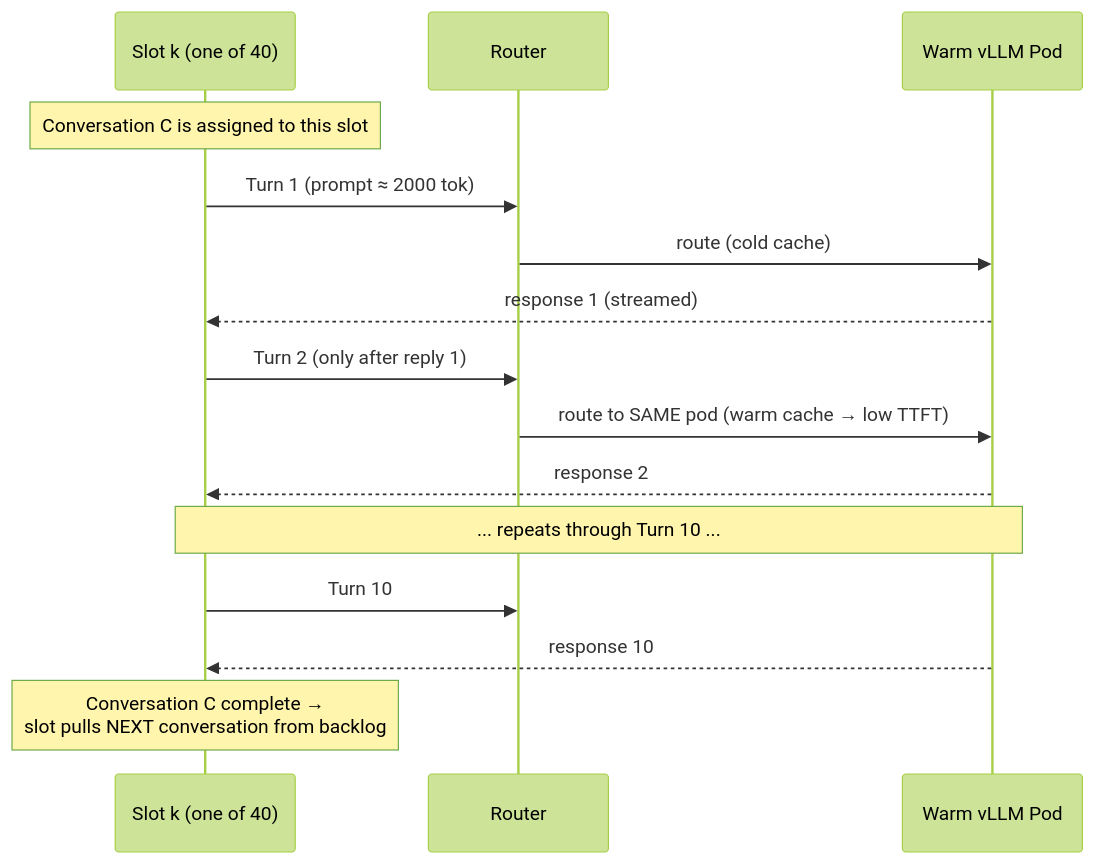
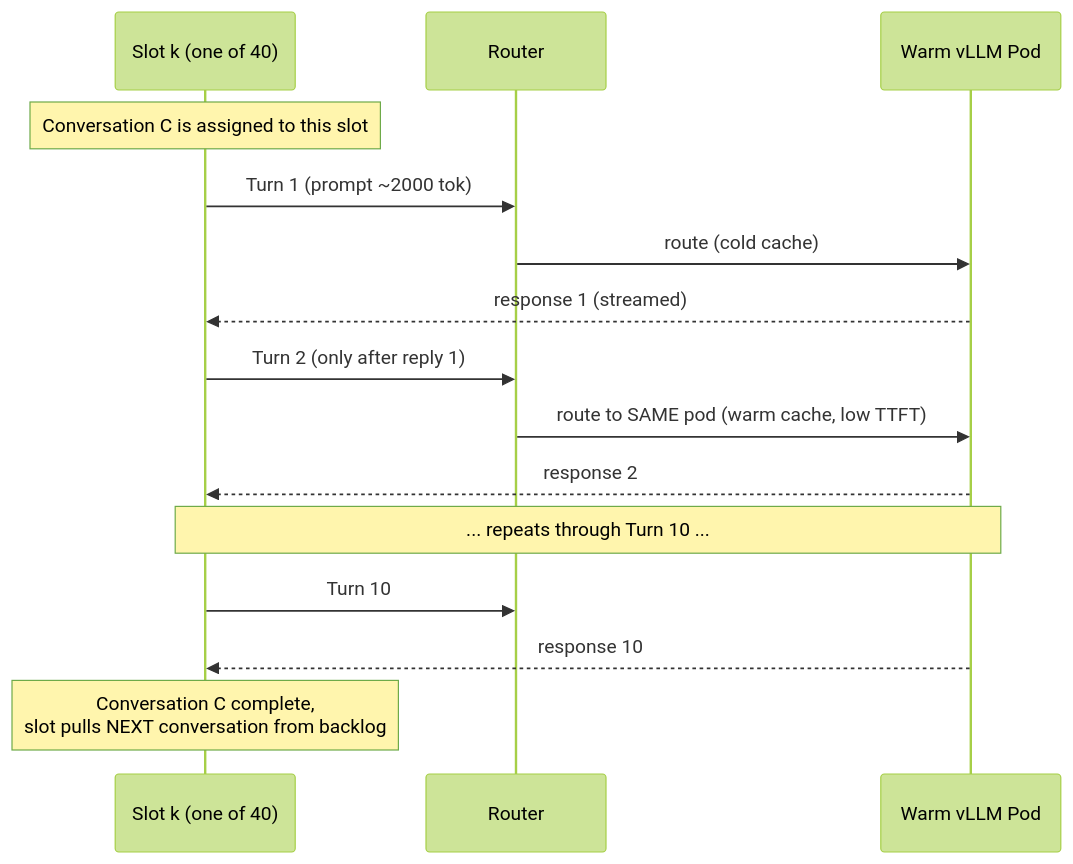
The third of 20 diagrams in benchmark-report.md (YaoZengzeng/kthena), drawn with Mermaid (forest theme) before and after one commit. The commit also changed other lines of this file, not shown here.

````diff
--- a/benchmark-report.md
+++ b/benchmark-report.md
@@ -153,17 +153,17 @@
 ```mermaid
 sequenceDiagram
     participant Slot as Slot k (one of 40)
     participant Router
     participant Pod as Warm vLLM Pod
     Note over Slot: Conversation C is assigned to this slot
-    Slot->>Router: Turn 1 (prompt ≈ 2000 tok)
+    Slot->>Router: Turn 1 (prompt ~2000 tok)
     Router->>Pod: route (cold cache)
     Pod-->>Slot: response 1 (streamed)
     Slot->>Router: Turn 2 (only after reply 1)
-    Router->>Pod: route to SAME pod (warm cache → low TTFT)
+    Router->>Pod: route to SAME pod (warm cache, low TTFT)
     Pod-->>Slot: response 2
     Note over Slot,Pod: ... repeats through Turn 10 ...
     Slot->>Router: Turn 10
     Pod-->>Slot: response 10
-    Note over Slot: Conversation C complete →<br/>slot pulls NEXT conversation from backlog
+    Note over Slot: Conversation C complete,<br/>slot pulls NEXT conversation from backlog
 ```
````
